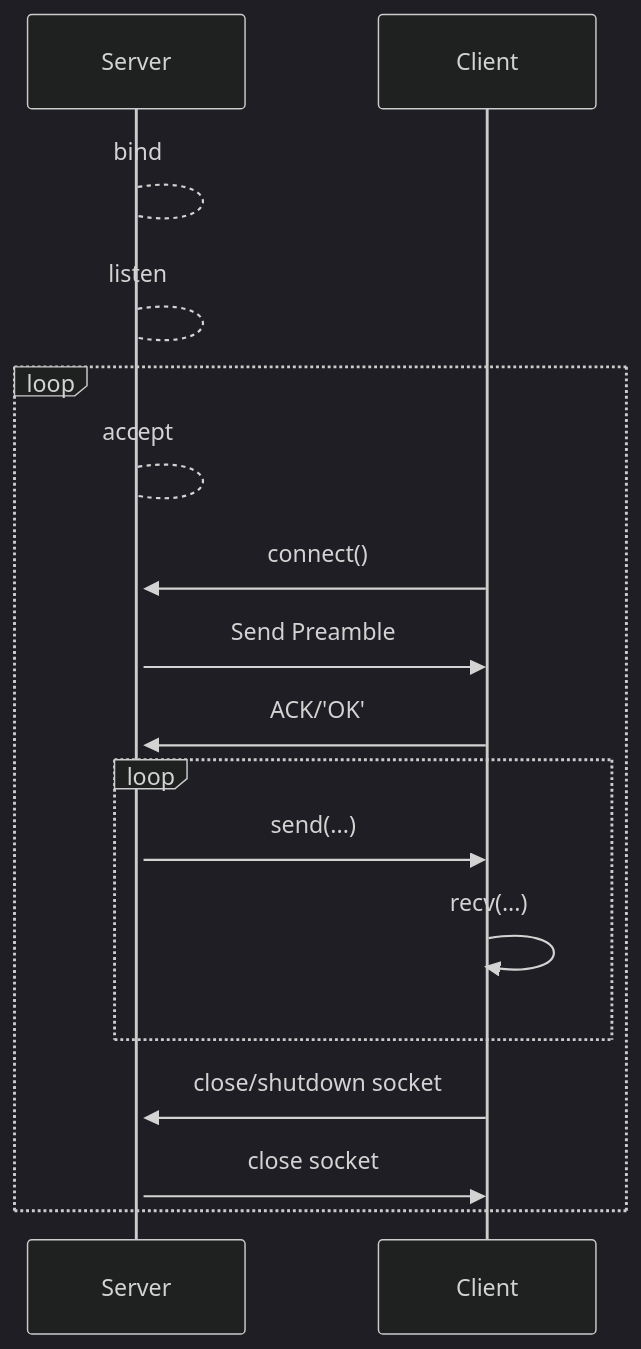
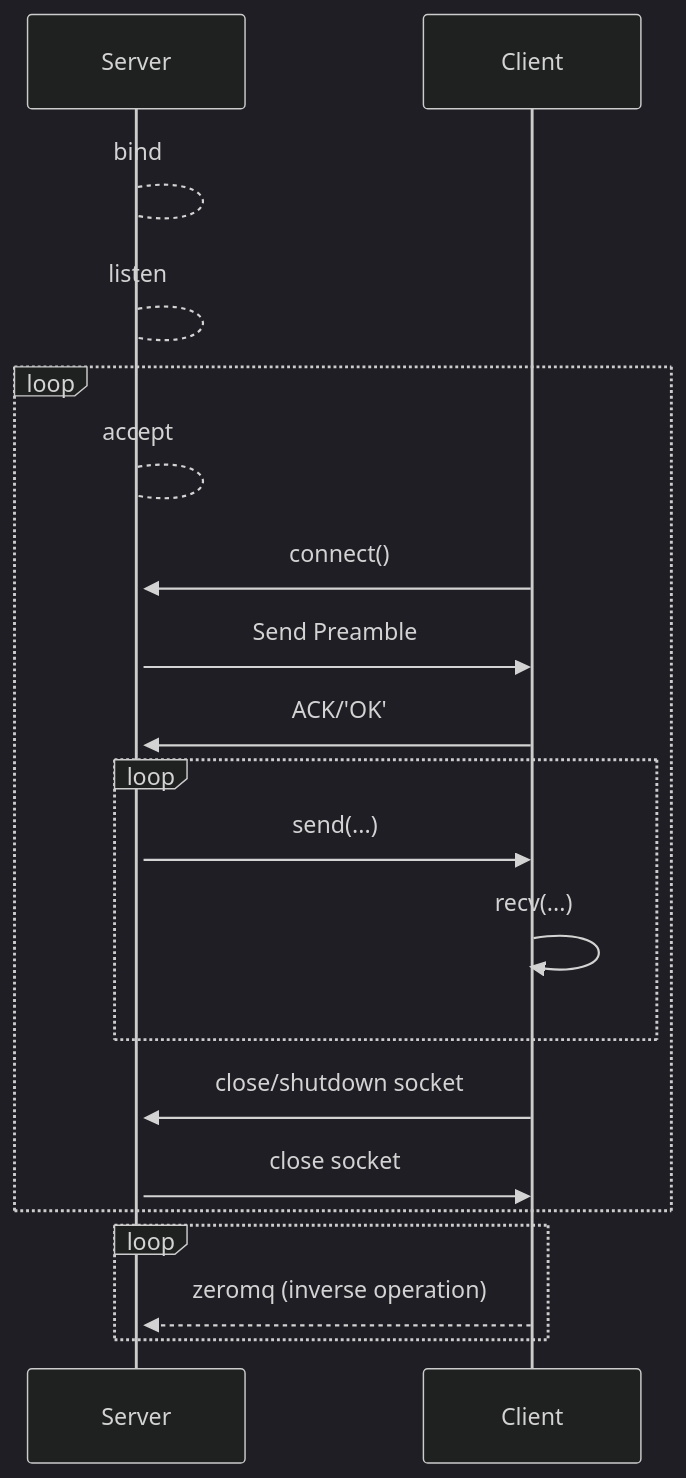
One commit to sletzer/machina_network_interview_takehome changed the second of 2 diagrams in src/README.md. Above: the diagram before and after it, drawn with Mermaid (dark theme). The commit also changed other lines of this file and 3 other files, not shown here.

````diff
--- a/src/README.md
+++ b/src/README.md
@@ -55,19 +169,22 @@
 ```mermaid
 sequenceDiagram
     participant Server
     participant Client
     Server-->Server: bind
     Server-->Server: listen
     loop
         Server-->Server: accept
         Client->>+Server: connect()
         Server->>Client: Send Preamble
         Client->>Server: ACK/'OK'
         loop
             Server->>Client: send(...)
             Client->>Client: recv(...)
         end
         Client->>Server: close/shutdown socket
         Server->>Client: close socket
     end
+    loop
+        Client-->>Server: zeromq (inverse operation)
+    end 
 ```
````
